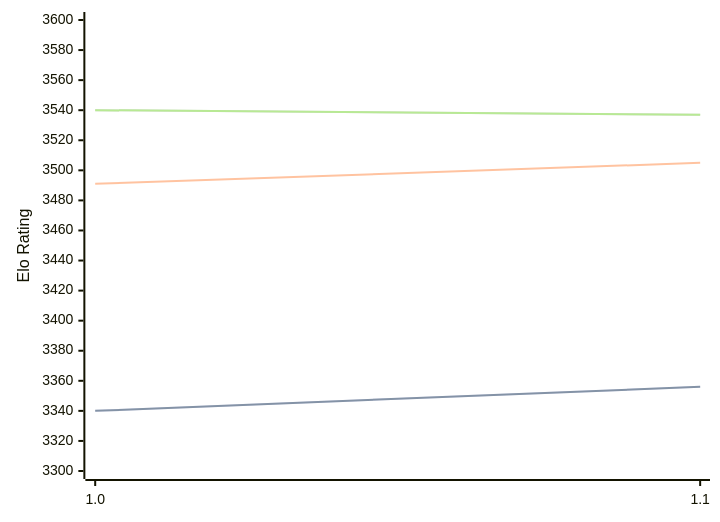
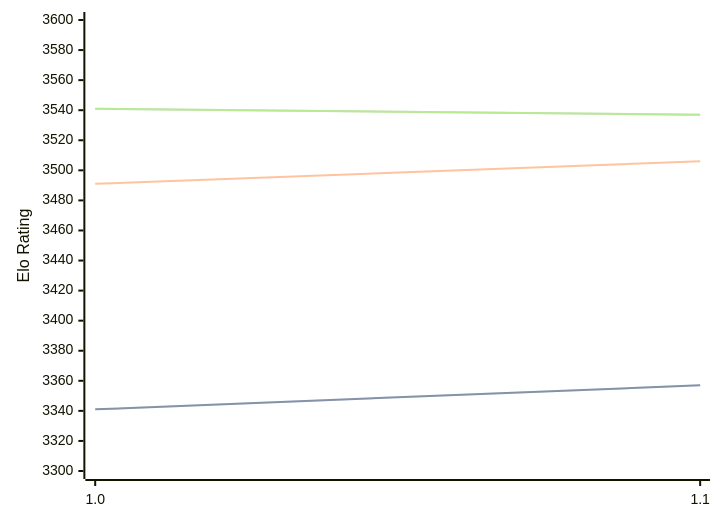
Before and after one commit to computer-chess-index/cci: the diagram in engines/Horsie.md, drawn with Mermaid. The commit also changed other lines of this file, not shown here.

Commit message:
Update CCI Ratings (ELO VLTC) - 2026-09-14

````diff
--- a/engines/Horsie.md
+++ b/engines/Horsie.md
@@ -32,11 +32,11 @@
 ```mermaid
 %%{init: {"theme":"base","themeVariables":{"seriesColors:['#a3a3a3','#222221','#faa371']}}}%%
 xychart-beta
   x-axis ["1.0", "1.1"]
   y-axis "Elo Rating" 3300 --> 3600
-  line "" [3340, 3356]
-  line "STC (8.0+0.08s)" [3340, 3356]
-  line "LTC (60.0+0.60s)" [3491, 3505]
-  line "" [3540, 3537]
-  line "VLTC (2m24s+1.12s)" [3540, 3537]
+  line "" [3341, 3357]
+  line "STC (8.0+0.08s)" [3341, 3357]
+  line "LTC (60.0+0.60s)" [3491, 3506]
+  line "" [3541, 3537]
+  line "VLTC (2m24s+1.12s)" [3541, 3537]
 ```
````
